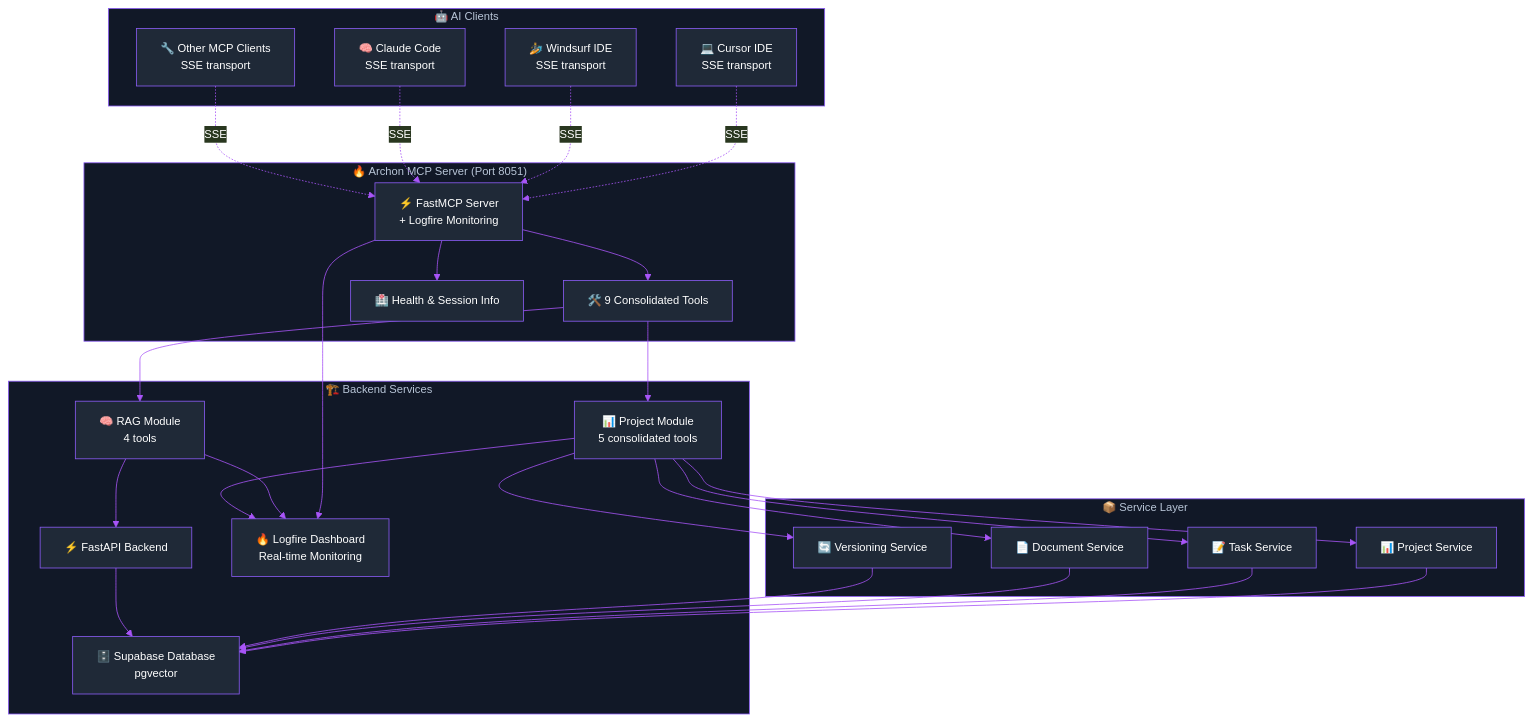
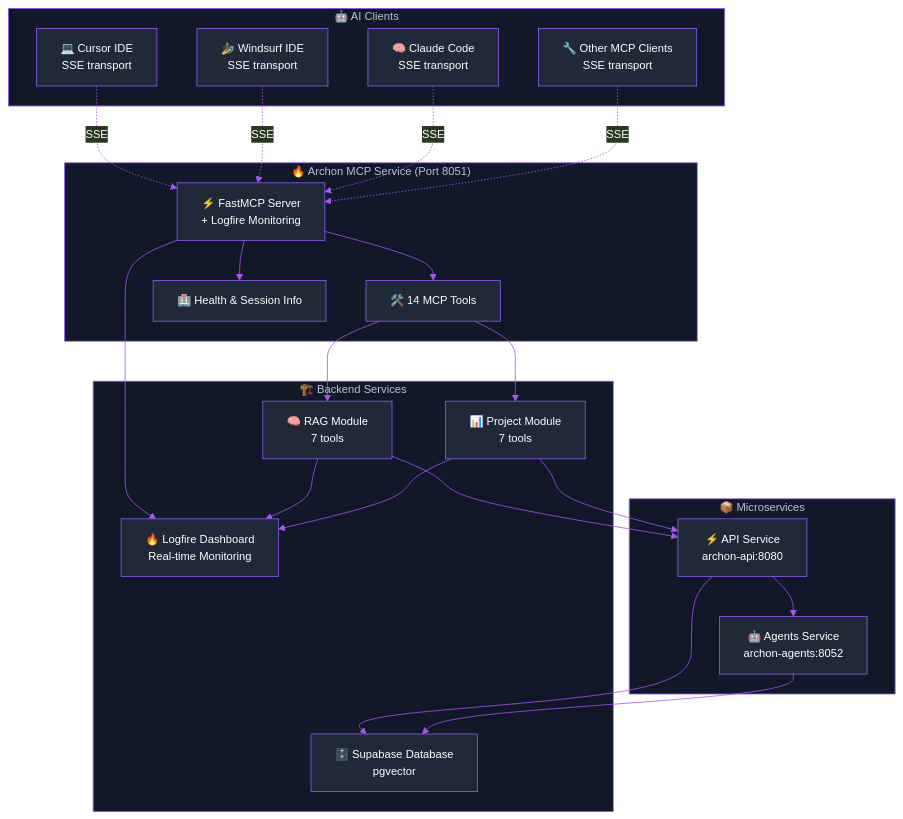
The first of 3 diagrams in docs/docs/mcp-server.mdx (tarsonis125/mcp-crawl4ai-rag-ChromaDB-V1), drawn with Mermaid before and after one commit. The commit also changed other lines of this file and 36 other files, not shown here.

First line of the commit message:
refactor: transition to microservices architecture with Socket.IO integration

````diff
--- a/docs/docs/mcp-server.mdx
+++ b/docs/docs/mcp-server.mdx
@@ -18,75 +18,66 @@
 ```mermaid
 %%{init:{
   'theme':'base',
   'themeVariables': {
     'primaryColor':'#1f2937',
     'primaryTextColor':'#ffffff',
     'primaryBorderColor':'#8b5cf6',
     'lineColor':'#a855f7',
     'textColor':'#ffffff',
     'fontFamily':'Inter',
     'fontSize':'14px',
     'background':'#000000',
     'mainBkg':'#1f2937',
     'secondBkg':'#111827',
     'borderColor':'#8b5cf6',
     'clusterBkg':'#111827',
     'clusterBorder':'#8b5cf6'
   }
 }}%%
 graph TB
     subgraph "🤖 AI Clients"
         Cursor["💻 Cursor IDE<br/>SSE transport"]
         Windsurf["🏄 Windsurf IDE<br/>SSE transport"]
         Claude["🧠 Claude Code<br/>SSE transport"]
         Other["🔧 Other MCP Clients<br/>SSE transport"]
     end
     
-    subgraph "🔥 Archon MCP Server (Port 8051)"
+    subgraph "🔥 Archon MCP Service (Port 8051)"
         MCPCore["⚡ FastMCP Server<br/>+ Logfire Monitoring"]
-        Tools["🛠️ 9 Consolidated Tools"]
+        Tools["🛠️ 14 MCP Tools"]
         Health["🏥 Health & Session Info"]
     end
     
-    subgraph "📦 Service Layer"
-        ProjectService["📊 Project Service"]
-        TaskService["📝 Task Service"]
-        DocumentService["📄 Document Service"]
-        VersioningService["🔄 Versioning Service"]
+    subgraph "📦 Microservices"
+        API["⚡ API Service<br/>archon-api:8080"]
+        Agents["🤖 Agents Service<br/>archon-agents:8052"]
     end
     
     subgraph "🏗️ Backend Services"
-        RAGModule["🧠 RAG Module<br/>4 tools"]
-        ProjectModule["📊 Project Module<br/>5 consolidated tools"]
-        FastAPI["⚡ FastAPI Backend"]
+        RAGModule["🧠 RAG Module<br/>7 tools"]
+        ProjectModule["📊 Project Module<br/>7 tools"]
         Supabase["🗄️ Supabase Database<br/>pgvector"]
         Logfire["🔥 Logfire Dashboard<br/>Real-time Monitoring"]
     end
     
     Cursor -.->|SSE| MCPCore
     Windsurf -.->|SSE| MCPCore
     Claude -.->|SSE| MCPCore
     Other -.->|SSE| MCPCore
     
     MCPCore --> Tools
     MCPCore --> Health
     
     Tools --> RAGModule
     Tools --> ProjectModule
     
-    ProjectModule --> ProjectService
-    ProjectModule --> TaskService
-    ProjectModule --> DocumentService
-    ProjectModule --> VersioningService
+    RAGModule --> API
+    ProjectModule --> API
+    API --> Agents
     
-    RAGModule --> FastAPI
-    ProjectService --> Supabase
-    TaskService --> Supabase
-    DocumentService --> Supabase
-    VersioningService --> Supabase
-    
-    FastAPI --> Supabase
+    API --> Supabase
+    Agents --> Supabase
     MCPCore --> Logfire
     RAGModule --> Logfire
     ProjectModule --> Logfire
 ```
````
